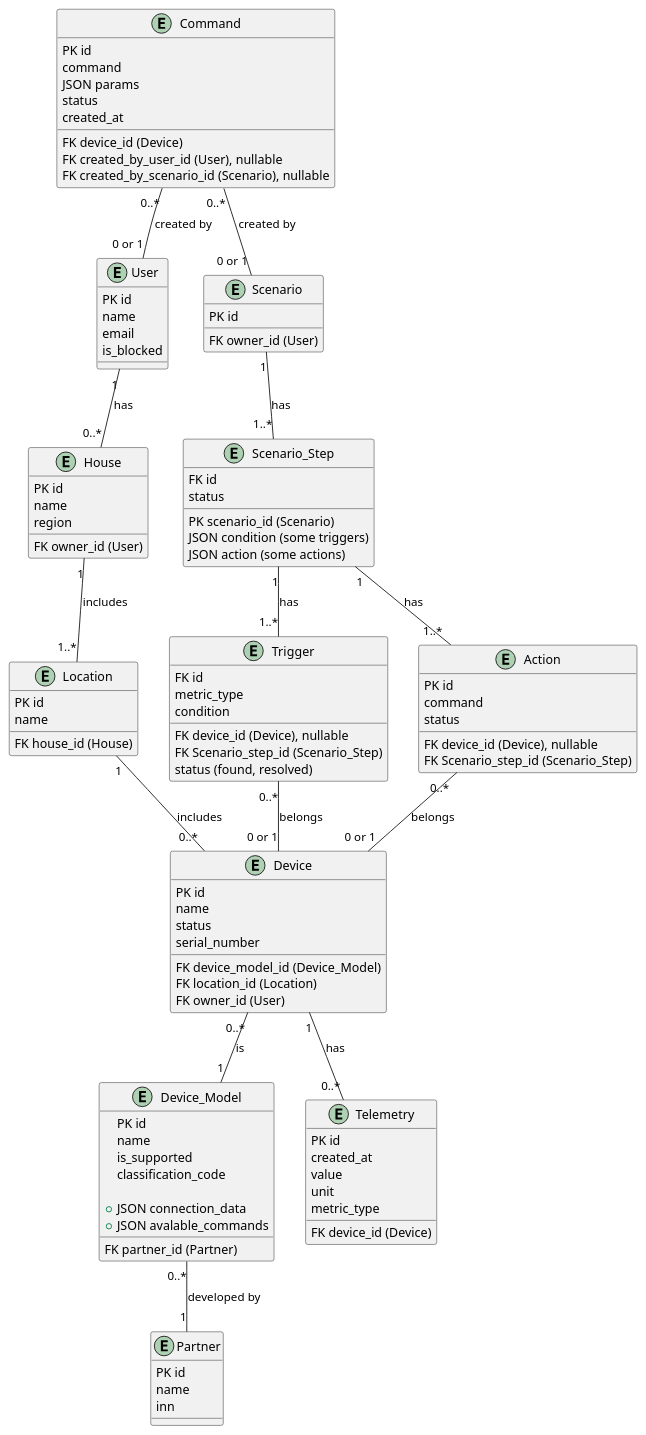
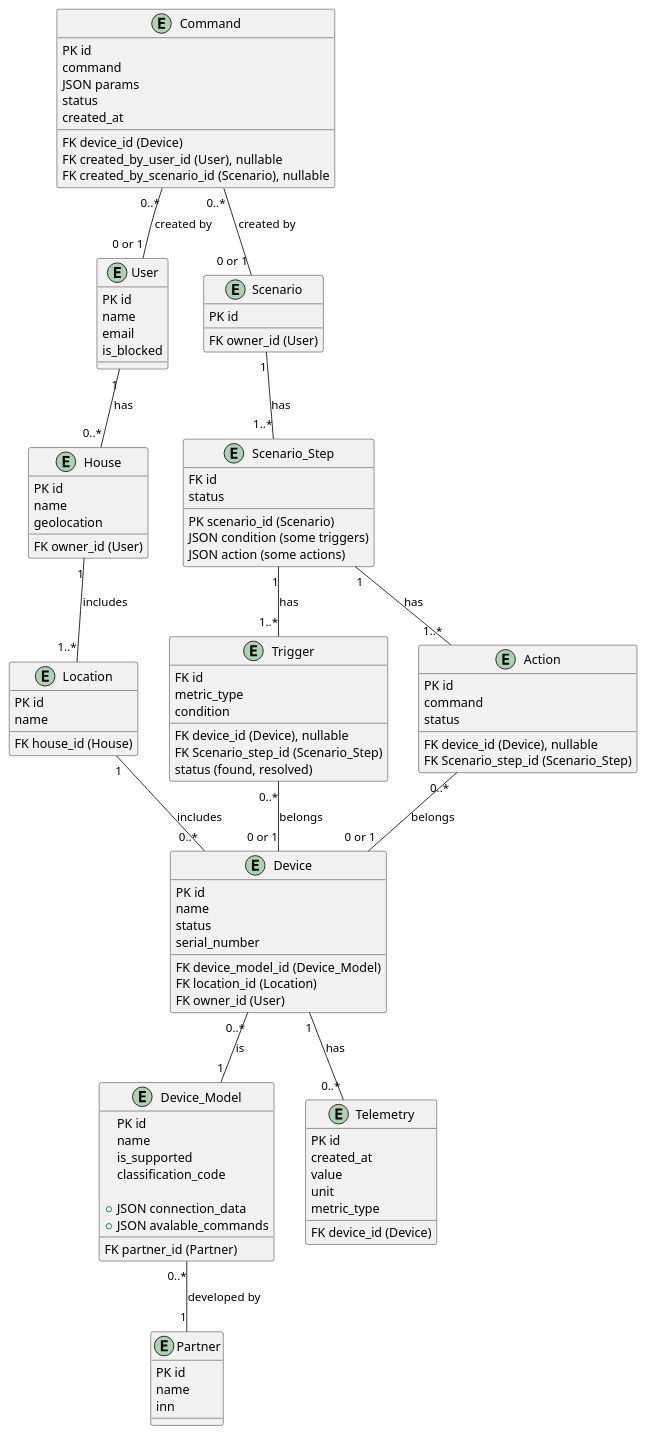
The diagram in schemas/v2/code/Smarthome-er.puml (annmozer116/warmhouse-golang), drawn with PlantUML before and after one commit. The commit also changed 3 other files, not shown here.

Commit message:
Change erd

```diff
--- a/schemas/v2/code/Smarthome-er.puml
+++ b/schemas/v2/code/Smarthome-er.puml
@@ -1,116 +1,116 @@
 @startuml Smarthome-ER
 entity User {
     PK id
     name
     email
     is_blocked
 }
 
 entity Device {
     PK id
     name
     status
     serial_number
     FK device_model_id (Device_Model)
     FK location_id (Location)
     FK owner_id (User)
 }
 
 entity Command {
     PK id
     command
     FK device_id (Device)
     JSON params
     status
     created_at
     FK created_by_user_id (User), nullable
     FK created_by_scenario_id (Scenario), nullable
 }
 
 entity Device_Model {
     PK id
     name
     is_supported
     FK partner_id (Partner)
     classification_code
 
     +JSON connection_data
     +JSON avalable_commands 
 }
 
 entity Partner {
     PK id
     name
     inn
 }
 
 
 entity House {
     PK id
     name
-    region
+    geolocation
     FK owner_id (User)
 }
 
 entity Location {
     PK id
     name
     FK house_id (House)
 }
 
 entity Telemetry {
     PK id
     created_at
     value
     unit
     metric_type
     FK device_id (Device)
 }
 
 entity Scenario {
     PK id
     FK owner_id (User)
 }
 
 entity Scenario_Step {
     FK id
     PK scenario_id (Scenario)
     JSON condition (some triggers)
     JSON action (some actions)
     status
 }
 
 entity Trigger {
     FK id
     FK device_id (Device), nullable
     metric_type
     condition
     FK Scenario_step_id (Scenario_Step)
     status (found, resolved)
 }
 
 entity Action {
     PK id
     FK device_id (Device), nullable
     command
     FK Scenario_step_id (Scenario_Step)
     status
 }
 
 Scenario "1" -- "1..*" Scenario_Step: has
 Scenario_Step "1" -- "1..*" Trigger: has
 Scenario_Step "1" -- "1..*" Action: has
 Trigger "0..*" -- "0 or 1" Device: belongs
 Action "0..*" -- "0 or 1" Device: belongs
 
 User "1" -- "0..*" House: has
 House "1" -- "1..*" Location: includes
 Location "1" -- "0..*" Device: includes
 Device "1" -- "0..*" Telemetry: has
 Device "0..*" -- "1" Device_Model: is
 Device_Model "0..*" -- "1" Partner: developed by
 
 Command "0..*" -- "0 or 1" User: created by
 Command "0..*" -- "0 or 1" Scenario: created by
 
 @enduml
```
